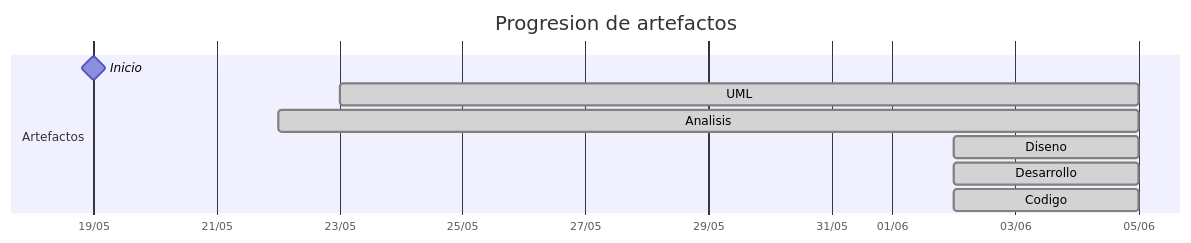
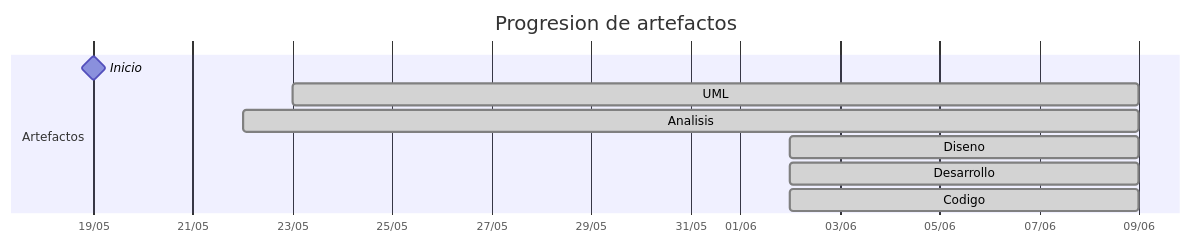
One commit to mmasias/25-26-idsw2-sdVC changed the diagram in TIMELINES/carlos-alvarado-25.md. Above: the diagram before and after it, drawn with Mermaid. The commit also changed other lines of this file and 7 other files, not shown here.

````diff
--- a/TIMELINES/carlos-alvarado-25.md
+++ b/TIMELINES/carlos-alvarado-25.md
@@ -23,13 +23,13 @@
 ```mermaid
 gantt
     title Progresion de artefactos
     dateFormat YYYY-MM-DD
     axisFormat %d/%m
     section Artefactos
         Inicio       :milestone, 2026-05-19, 0d
-        UML          :done, 2026-05-23, 2026-06-05
-        Analisis     :done, 2026-05-22, 2026-06-05
-        Diseno       :done, 2026-06-02, 2026-06-05
-        Desarrollo   :done, 2026-06-02, 2026-06-05
-        Codigo       :done, 2026-06-02, 2026-06-05
+        UML          :done, 2026-05-23, 2026-06-09
+        Analisis     :done, 2026-05-22, 2026-06-09
+        Diseno       :done, 2026-06-02, 2026-06-09
+        Desarrollo   :done, 2026-06-02, 2026-06-09
+        Codigo       :done, 2026-06-02, 2026-06-09
 ```
````
